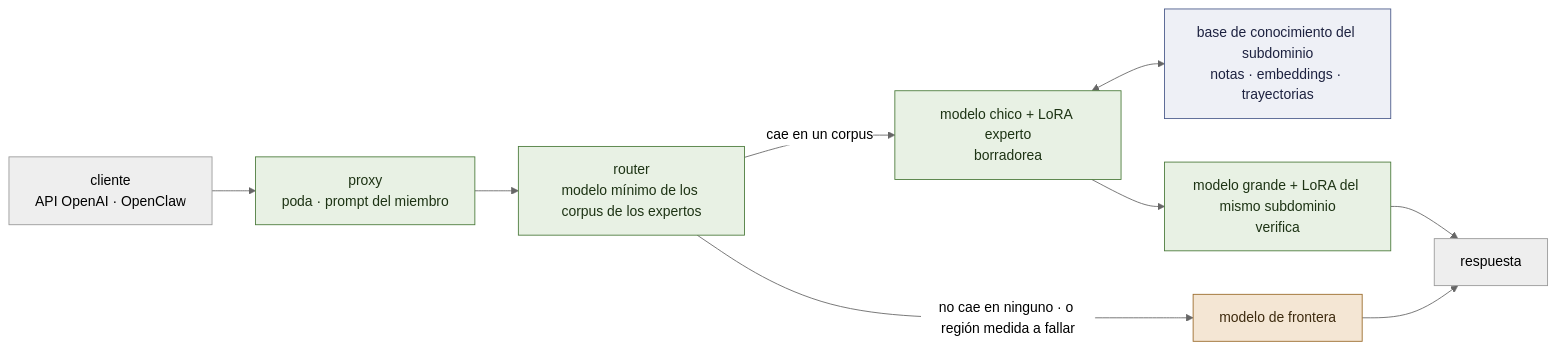
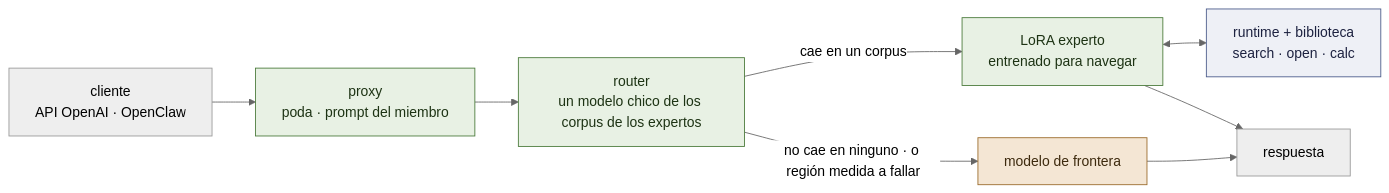
The diagram in README.es.md (EvolvingAgentsLabs/lora-kernel), drawn with Mermaid (neutral theme) before and after one commit. The commit also changed other lines of this file and 32 other files, not shown here.

````diff
--- a/README.es.md
+++ b/README.es.md
@@ -54,17 +186,16 @@
 ```mermaid
 flowchart LR
     C["cliente<br>API OpenAI · OpenClaw"] --> P["proxy<br>poda · prompt del miembro"]
-    P --> R["router<br>modelo mínimo de los corpus de los expertos"]
-    R -- "cae en un corpus" --> S["modelo chico + LoRA experto<br>borradorea"]
-    S <--> K["base de conocimiento del subdominio<br>notas · embeddings · trayectorias"]
-    S --> L["modelo grande + LoRA del mismo subdominio<br>verifica"]
+    P --> R["router<br>un modelo chico de los corpus de los expertos"]
+    R -- "cae en un corpus" --> E["LoRA experto<br>entrenado para navegar"]
+    E <--> M["runtime + biblioteca<br>search · open · calc"]
     R -- "no cae en ninguno · o región medida a fallar" --> F["modelo de frontera"]
-    L --> A["respuesta"]
+    E --> A["respuesta"]
     F --> A
     classDef local fill:#e8f1e4,stroke:#4a7a3a,color:#1d3314
+    classDef art fill:#eef0f6,stroke:#4a5a8a,color:#1d2240
     classDef out fill:#f4e6d4,stroke:#9a6a2a,color:#3d2a0e
-    class P,R,S,L local
+    class P,R,E local
+    class M art
     class F out
-    classDef art fill:#eef0f6,stroke:#4a5a8a,color:#1d2240
-    class K art
 ```
````
